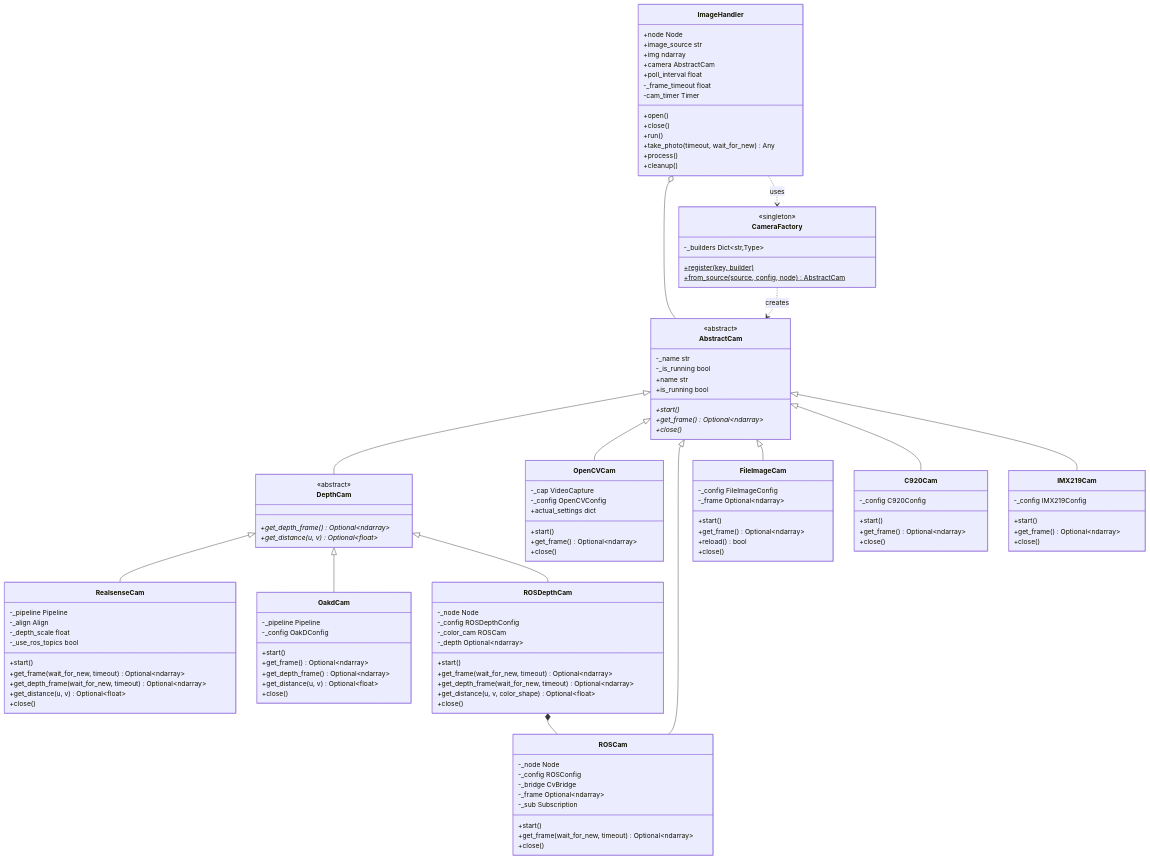
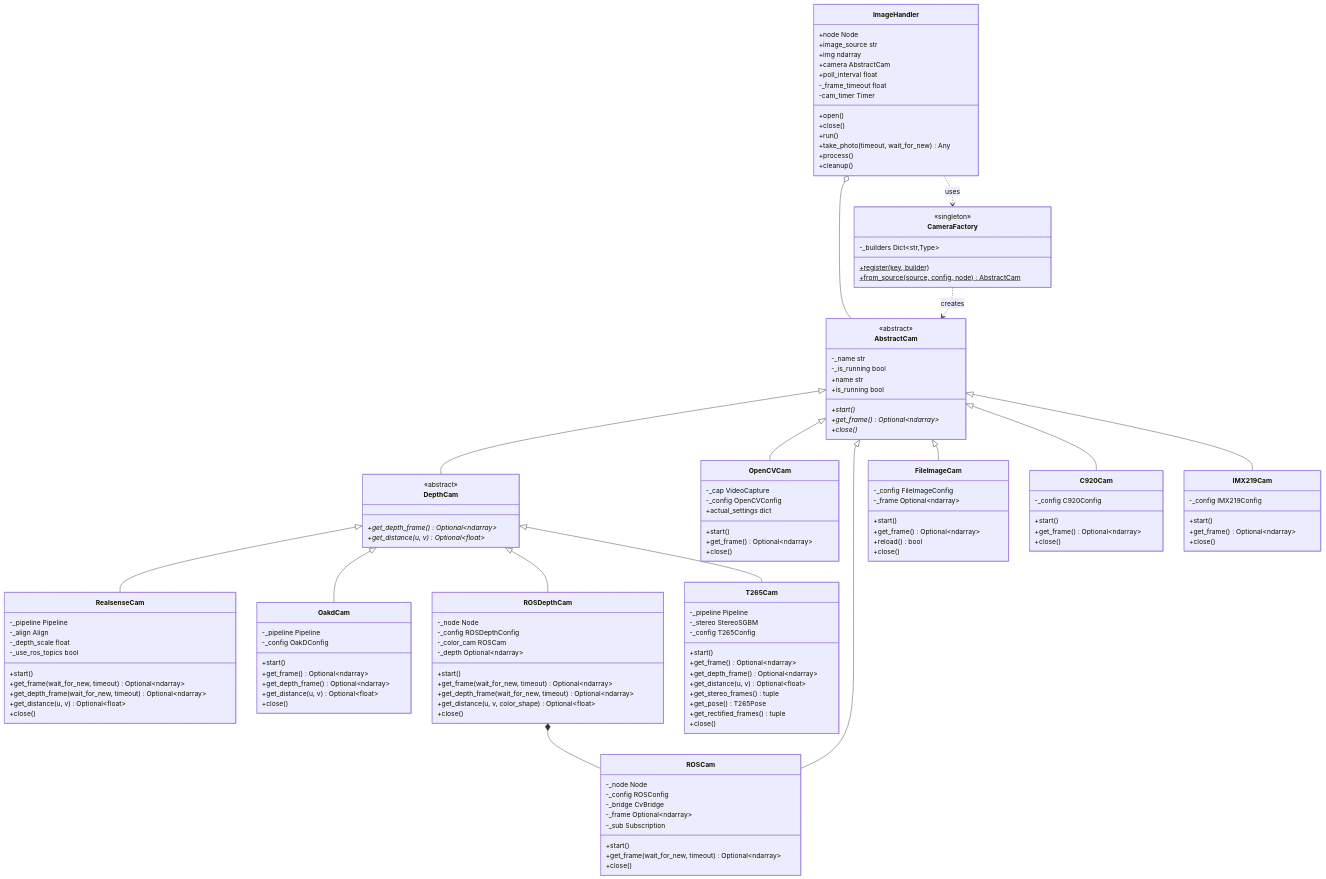
Before and after one commit to Black-Bee-Drones/nectar-sdk: the first of 6 diagrams in nectar/nectar/vision/README.md, drawn with Mermaid. The commit also changed other lines of this file and 1 other file, not shown here.

```diff
--- a/nectar/nectar/vision/README.md
+++ b/nectar/nectar/vision/README.md
@@ -121,6 +121,20 @@
         +close()
     }
 
+    class T265Cam {
+        -_pipeline Pipeline
+        -_stereo StereoSGBM
+        -_config T265Config
+        +start()
+        +get_frame() Optional~ndarray~
+        +get_depth_frame() Optional~ndarray~
+        +get_distance(u, v) Optional~float~
+        +get_stereo_frames() tuple
+        +get_pose() T265Pose
+        +get_rectified_frames() tuple
+        +close()
+    }
+
     class ImageHandler {
         +node Node
         +image_source str
@@ -146,6 +160,7 @@
     DepthCam <|-- RealsenseCam
     DepthCam <|-- OakdCam
     DepthCam <|-- ROSDepthCam
+    DepthCam <|-- T265Cam
     ROSDepthCam *-- ROSCam
     CameraFactory ..> AbstractCam : creates
     ImageHandler o-- AbstractCam
```
